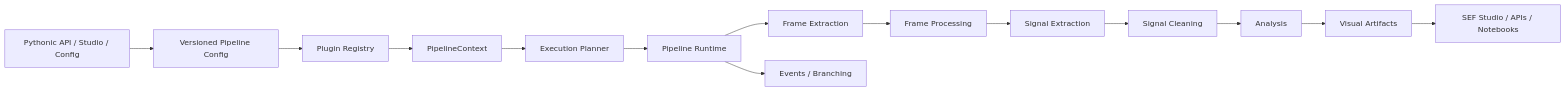
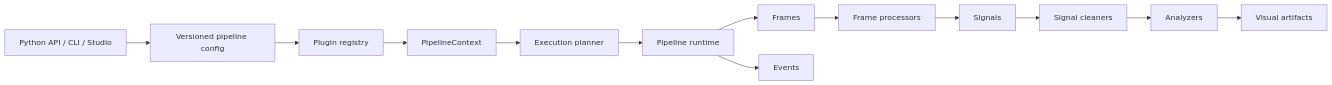
One commit to NoNamedeo/SEF changed the first of 2 diagrams in README.md. Above: the diagram before and after it, drawn with Mermaid. The commit also changed other lines of this file and 8 other files, not shown here.

Commit message:
refactor(api,docs): add plugin init and update docs

````diff
--- a/README.md
+++ b/README.md
@@ -67,17 +196,15 @@
 ```mermaid
 flowchart LR
-    API["Pythonic API / Studio / Config"] --> Config["Versioned Pipeline Config"]
-    Config --> Registry["Plugin Registry"]
+    API["Python API / CLI / Studio"] --> Config["Versioned pipeline config"]
+    Config --> Registry["Plugin registry"]
     Registry --> Context["PipelineContext"]
-    Context --> Planner["Execution Planner"]
-    Planner --> Runtime["Pipeline Runtime"]
-
-    Runtime --> Frames["Frame Extraction"]
-    Frames --> Processing["Frame Processing"]
-    Processing --> Signals["Signal Extraction"]
-    Signals --> Cleaning["Signal Cleaning"]
-    Cleaning --> Analysis["Analysis"]
-    Analysis --> Visuals["Visual Artifacts"]
-    Runtime --> Events["Events / Branching"]
-    Visuals --> UI["SEF Studio / APIs / Notebooks"]
+    Context --> Planner["Execution planner"]
+    Planner --> Runtime["Pipeline runtime"]
+    Runtime --> Frames["Frames"]
+    Frames --> Processing["Frame processors"]
+    Processing --> Signals["Signals"]
+    Signals --> Cleaning["Signal cleaners"]
+    Cleaning --> Analysis["Analyzers"]
+    Analysis --> Artifacts["Visual artifacts"]
+    Runtime --> Events["Events"]
 ```
````
